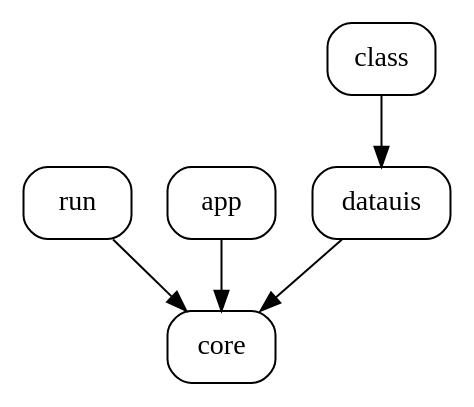
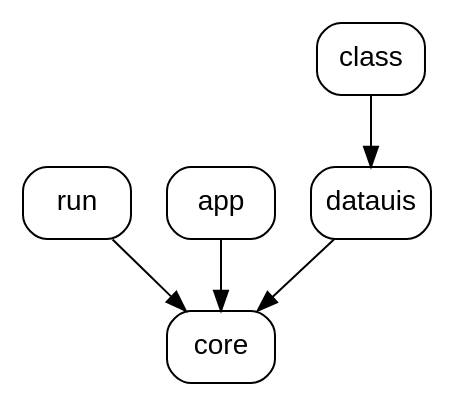
Before and after one commit to m-bock/purescript-interactive-data: the diagram in assets/local-packages-graph.dot, drawn with Graphviz. The commit also changed 6 other files, not shown here.

```diff
--- a/assets/local-packages-graph.dot
+++ b/assets/local-packages-graph.dot
@@ -1,10 +1,10 @@
 digraph G {
 
-  node [shape=rect; style=rounded];
+  node [shape=rect; style=rounded; fontname="Arial"];
   datauis;
   
   datauis -> core;
   class -> datauis;
   run -> core;
   app -> core;
 }
```
